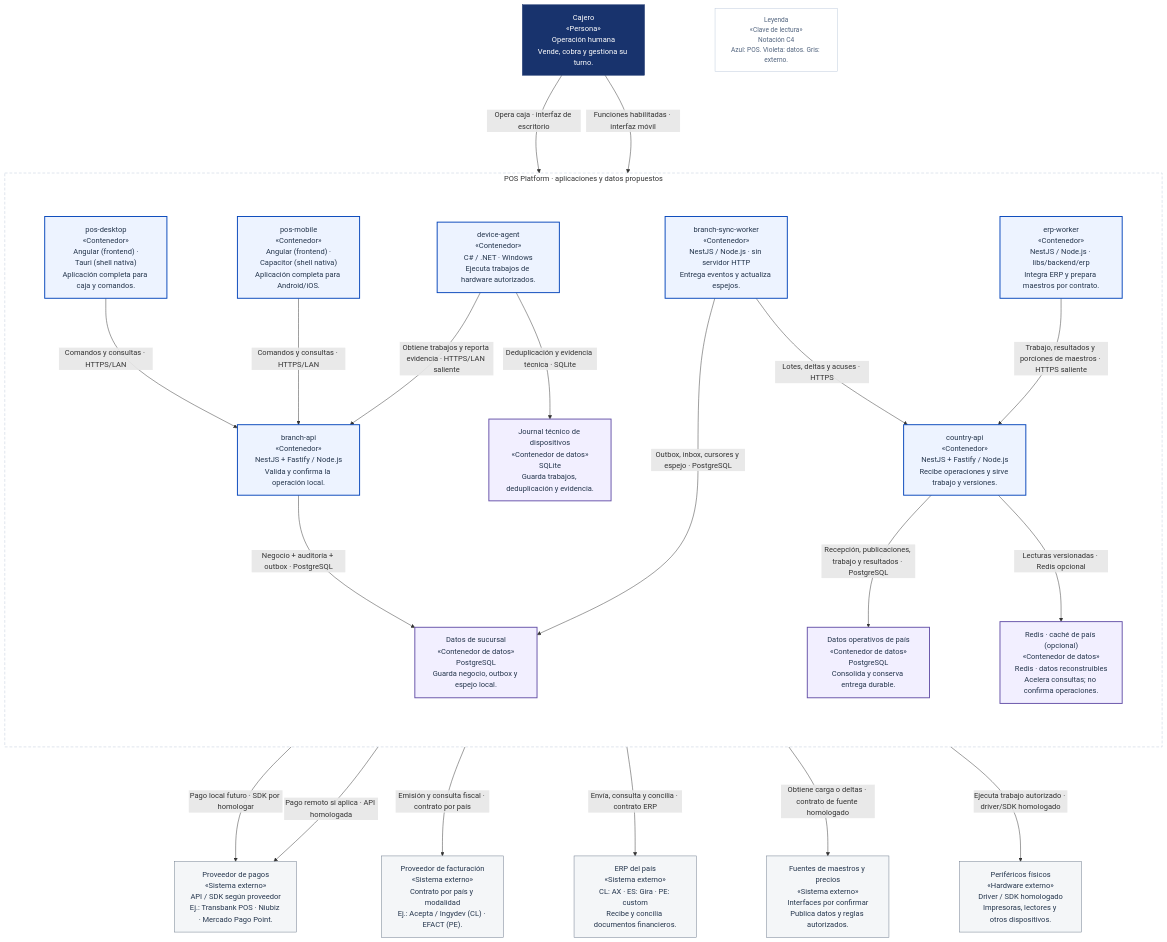
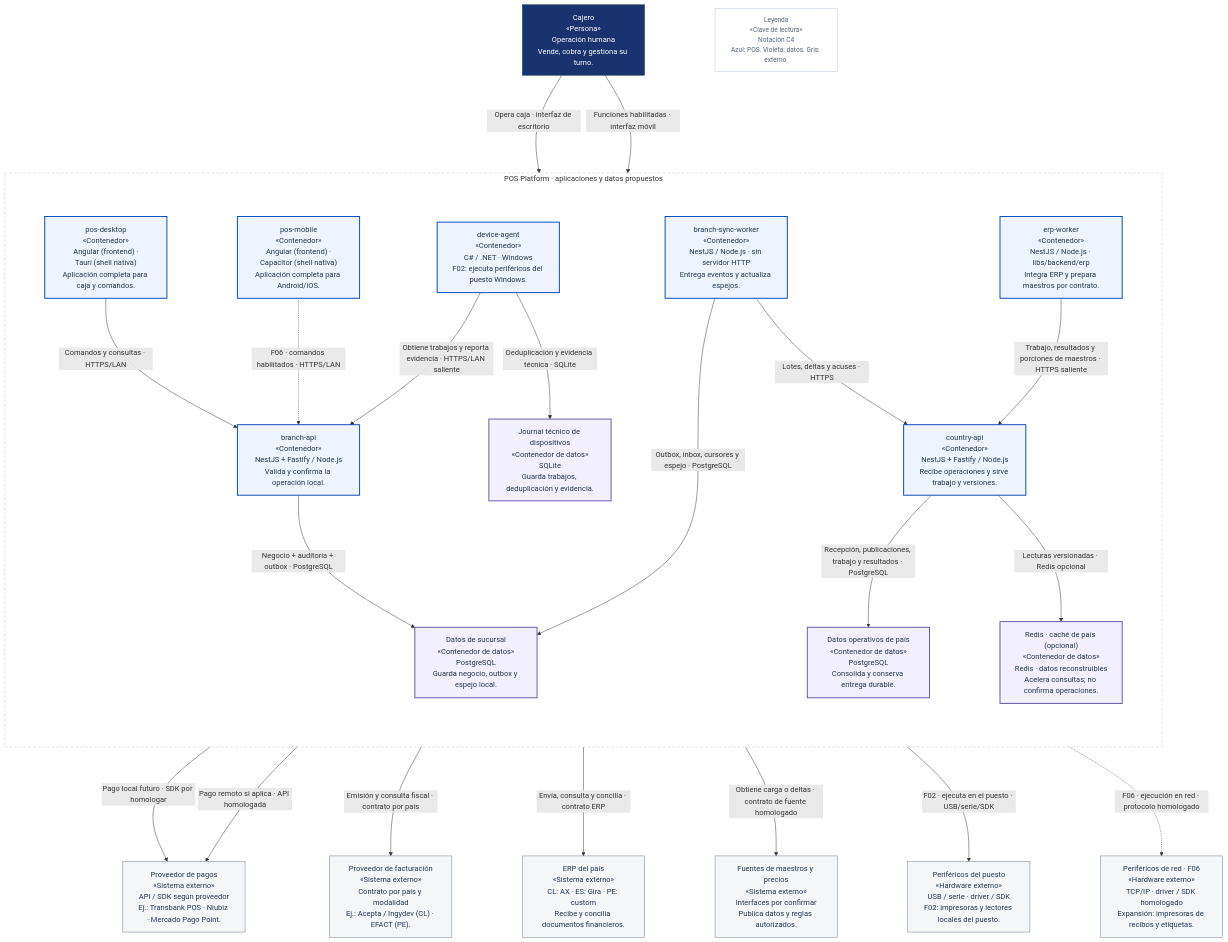
The diagram in docs/diagramas-excalidraw/mermaid/c4-containers.mmd (developer-implementos/pos-docs), drawn with Mermaid before and after one commit. The commit also changed 83 other files, not shown here.

Commit message:
docs: stage workstation devices before shared network peripherals

```diff
--- a/docs/diagramas-excalidraw/mermaid/c4-containers.mmd
+++ b/docs/diagramas-excalidraw/mermaid/c4-containers.mmd
@@ -1,54 +1,56 @@
 ---
 config:
     flowchart:
         nodeSpacing: 150
         rankSpacing: 160
 ---
 flowchart TB
     accTitle: C2 · Contenedores — Aplicaciones, procesos y datos
-    accDescr: Siete aplicaciones objetivo de POS Platform, sus datos y sistemas externos. Seis apps tienen base técnica o scaffold; device-agent se incorpora como propuesta, aún no implementada. Siete aplicaciones objetivo; seis tienen base técnica o scaffold. device-agent y su journal SQLite son propuesta por implementar. PostgreSQL conserva el negocio; country-api publica versiones y erp-worker prepara maestros. Redis es caché opcional.
+    accDescr: Siete aplicaciones objetivo de POS Platform, sus datos y sistemas externos. Seis apps tienen base técnica o scaffold; device-agent se incorpora como propuesta, aún no implementada. Siete apps objetivo; seis tienen base técnica. device-agent y SQLite: propuesta pendiente. F02: puesto Windows dedicado; F05: piloto del mismo perfil. F06: red y estación compartida por homologar; no agrega otra app. PostgreSQL conserva el negocio.
     subgraph systemScope["POS Platform · aplicaciones y datos propuestos"]
         direction TB
         client["pos-desktop<br/>«Contenedor»<br/>Angular (frontend) ·<br/>Tauri (shell nativa)<br/>Aplicación completa para caja y comandos."]:::pos
         mobileClient["pos-mobile<br/>«Contenedor»<br/>Angular (frontend) ·<br/>Capacitor (shell nativa)<br/>Aplicación completa para Android/iOS."]:::pos
-        device["device-agent<br/>«Contenedor»<br/>C# / .NET · Windows<br/>Ejecuta trabajos de hardware autorizados."]:::pos
+        device["device-agent<br/>«Contenedor»<br/>C# / .NET · Windows<br/>F02: ejecuta periféricos del puesto Windows."]:::pos
         deviceJournal["Journal técnico de dispositivos<br/>«Contenedor de datos»<br/>SQLite<br/>Guarda trabajos, deduplicación y evidencia."]:::store
         branchApi["branch-api<br/>«Contenedor»<br/>NestJS + Fastify / Node.js<br/>Valida y confirma la operación local."]:::pos
         branchDb["Datos de sucursal<br/>«Contenedor de datos»<br/>PostgreSQL<br/>Guarda negocio, outbox y espejo local."]:::store
         syncWorker["branch-sync-worker<br/>«Contenedor»<br/>NestJS / Node.js · sin servidor HTTP<br/>Entrega eventos y actualiza espejos."]:::pos
         countryApi["country-api<br/>«Contenedor»<br/>NestJS + Fastify / Node.js<br/>Recibe operaciones y sirve trabajo y versiones."]:::pos
         countryDb["Datos operativos de país<br/>«Contenedor de datos»<br/>PostgreSQL<br/>Consolida y conserva entrega durable."]:::store
         countryCache["Redis · caché de país (opcional)<br/>«Contenedor de datos»<br/>Redis · datos reconstruibles<br/>Acelera consultas; no confirma operaciones."]:::store
         erpAdapter["erp-worker<br/>«Contenedor»<br/>NestJS / Node.js · libs/backend/erp<br/>Integra ERP y prepara maestros por contrato."]:::pos
     end
         cashier["Cajero<br/>«Persona»<br/>Operación humana<br/>Vende, cobra y gestiona su turno."]:::person
         erp["ERP del país<br/>«Sistema externo»<br/>CL: AX · ES: Gira · PE: custom<br/>Recibe y concilia documentos financieros."]:::external
         masters["Fuentes de maestros y precios<br/>«Sistema externo»<br/>Interfaces por confirmar<br/>Publica datos y reglas autorizados."]:::external
         payments["Proveedor de pagos<br/>«Sistema externo»<br/>API / SDK según proveedor<br/>Ej.: Transbank POS · Niubiz · Mercado Pago Point."]:::external
         fiscal["Proveedor de facturación<br/>«Sistema externo»<br/>Contrato por país y modalidad<br/>Ej.: Acepta / Ingydev (CL) · EFACT (PE)."]:::external
-        peripherals["Periféricos físicos<br/>«Hardware externo»<br/>Driver / SDK homologado<br/>Impresoras, lectores y otros dispositivos."]:::external
+        peripherals["Periféricos del puesto<br/>«Hardware externo»<br/>USB / serie · driver / SDK<br/>F02: impresoras y lectores locales del puesto."]:::external
+    networkPeripherals["Periféricos de red · F06<br/>«Hardware externo»<br/>TCP/IP · driver / SDK homologado<br/>Expansión: impresoras de recibos y etiquetas."]:::external
         legend["Leyenda<br/>«Clave de lectura»<br/>Notación C4<br/>Azul: POS. Violeta: datos. Gris: externo."]:::key
     cashier -->|"Opera caja · interfaz de escritorio"| client
     cashier -->|"Funciones habilitadas · interfaz móvil"| mobileClient
     client -->|"Comandos y consultas · HTTPS/LAN"| branchApi
-    mobileClient -->|"Comandos y consultas · HTTPS/LAN"| branchApi
+    mobileClient -.->|"F06 · comandos habilitados · HTTPS/LAN"| branchApi
     device -->|"Obtiene trabajos y reporta evidencia · HTTPS/LAN saliente"| branchApi
     device -->|"Pago local futuro · SDK por homologar"| payments
     branchApi -->|"Negocio + auditoría + outbox · PostgreSQL"| branchDb
     branchApi -->|"Pago remoto si aplica · API homologada"| payments
     branchApi -->|"Emisión y consulta fiscal · contrato por país"| fiscal
     syncWorker -->|"Outbox, inbox, cursores y espejo · PostgreSQL"| branchDb
     syncWorker -->|"Lotes, deltas y acuses · HTTPS"| countryApi
     countryApi -->|"Recepción, publicaciones, trabajo y resultados · PostgreSQL"| countryDb
     countryApi -->|"Lecturas versionadas · Redis opcional"| countryCache
     erpAdapter -->|"Trabajo, resultados y porciones de maestros · HTTPS saliente"| countryApi
     erpAdapter -->|"Envía, consulta y concilia · contrato ERP"| erp
     erpAdapter -->|"Obtiene carga o deltas · contrato de fuente homologado"| masters
     device -->|"Deduplicación y evidencia técnica · SQLite"| deviceJournal
-    device -->|"Ejecuta trabajo autorizado · driver/SDK homologado"| peripherals
+    device -->|"F02 · ejecuta en el puesto · USB/serie/SDK"| peripherals
+    device -.->|"F06 · ejecución en red · protocolo homologado"| networkPeripherals
     classDef pos fill:#EDF3FF,stroke:#0545BA,color:#25364D,stroke-width:2px
     classDef store fill:#F2EFFF,stroke:#6551A8,color:#25364D,stroke-width:2px
     classDef external fill:#F4F6F8,stroke:#6B788A,color:#25364D
     classDef person fill:#18336D,stroke:#18336D,color:#FFFFFF
     classDef key fill:#FFFFFF,stroke:#BCC9DB,color:#53657F,font-size:14px
     style systemScope fill:#FFFFFF,stroke:#BCC9DB,stroke-dasharray:6 4
```
